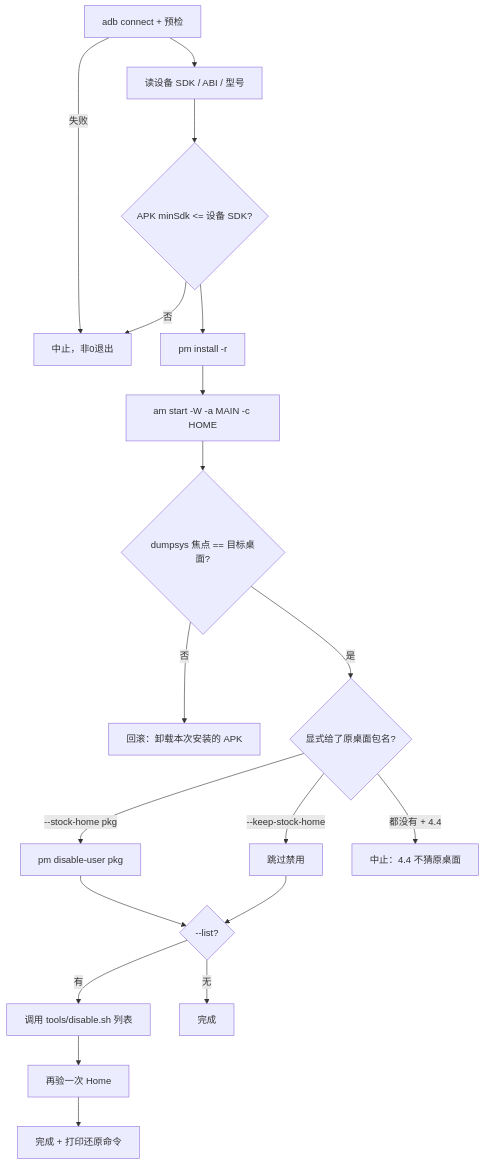
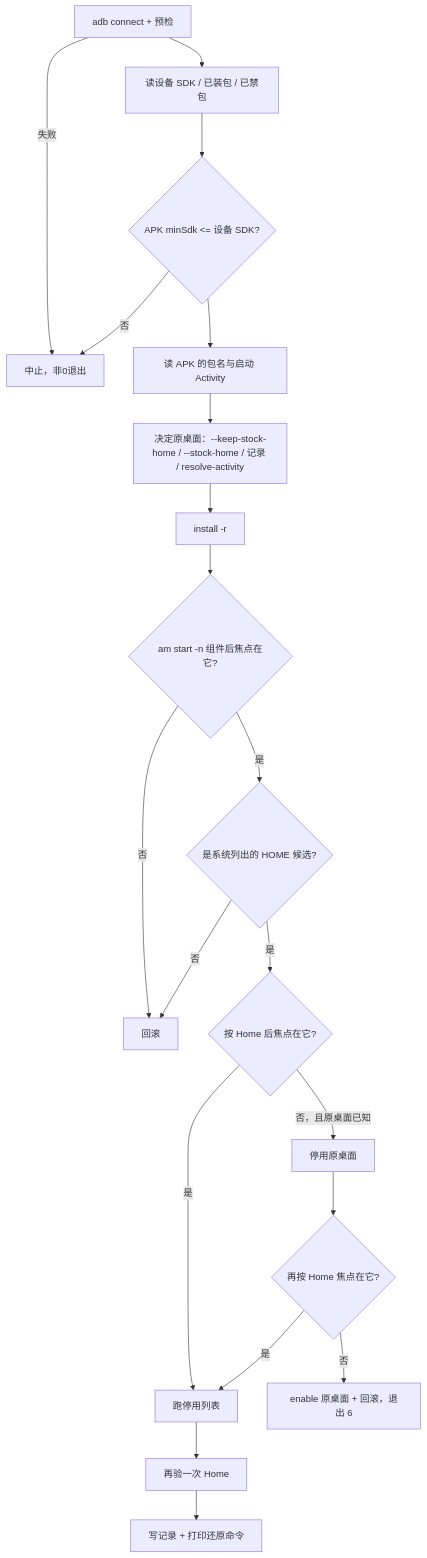
One commit to flyfly6/aerial-clean changed the diagram in .trellis/tasks/10-26-aerialclean-installer-debloat-launcher-takeover/design.md. Above: the diagram before and after it, drawn with Mermaid. The commit also changed other lines of this file and 3 other files, not shown here.

````diff
--- a/.trellis/tasks/10-26-aerialclean-installer-debloat-launcher-takeover/design.md
+++ b/.trellis/tasks/10-26-aerialclean-installer-debloat-launcher-takeover/design.md
@@ -17,21 +22,21 @@
 ```mermaid
 flowchart TD
     A[adb connect + 预检] -->|失败| X[中止，非0退出]
-    A --> B[读设备 SDK / ABI / 型号]
+    A --> B[读设备 SDK / 已装包 / 已禁包]
     B --> C{APK minSdk <= 设备 SDK?}
     C -->|否| X
-    C --> D[pm install -r]
-    D --> E[am start -W -a MAIN -c HOME]
-    E --> F{dumpsys 焦点 == 目标桌面?}
-    F -->|否| R[回滚：卸载本次安装的 APK]
-    F -->|是| G{显式给了原桌面包名?}
-    G -->|--keep-stock-home| H[跳过禁用]
-    G -->|--stock-home pkg| I[pm disable-user pkg]
-    G -->|都没有 + 4.4| X2[中止：4.4 不猜原桌面]
-    I --> J{--list?}
-    H --> J
-    J -->|有| K[调用 tools/disable.sh 列表]
-    J -->|无| L[完成]
-    K --> M[再验一次 Home]
-    M --> N[完成 + 打印还原命令]
+    C --> D[读 APK 的包名与启动 Activity]
+    D --> S[决定原桌面：--keep-stock-home / --stock-home / 记录 / resolve-activity]
+    S --> I[install -r]
+    I --> G1{am start -n 组件后焦点在它?}
+    G1 -->|否| R[回滚]
+    G1 -->|是| G2{是系统列出的 HOME 候选?}
+    G2 -->|否| R
+    G2 -->|是| G3{按 Home 后焦点在它?}
+    G3 -->|是| L[跑停用列表]
+    G3 -->|否，且原桌面已知| DS[停用原桌面]
+    DS --> G4{再按 Home 焦点在它?}
+    G4 -->|否| RB[enable 原桌面 + 回滚，退出 6]
+    G4 -->|是| L
+    L --> V[再验一次 Home] --> N[写记录 + 打印还原命令]
 ```
````
